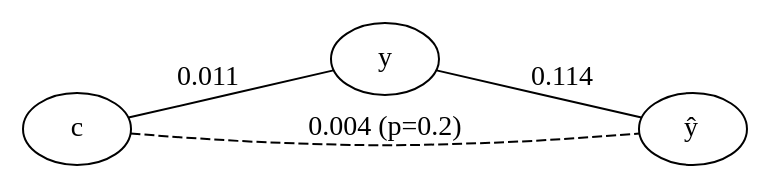
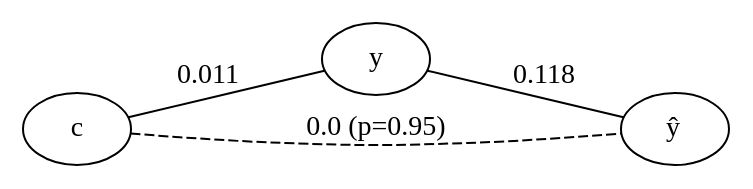
One commit to pni-lab/mlconfound-manuscript changed the diagram in fig/raw/emp_hcp_age_reg_partial.dot. Above: the diagram before and after it, drawn with Graphviz. The commit also changed 143 other files, not shown here.

```diff
--- a/fig/raw/emp_hcp_age_reg_partial.dot
+++ b/fig/raw/emp_hcp_age_reg_partial.dot
@@ -1,9 +1,9 @@
 graph {
 	rankdir=LR
 	c [label=c]
 	y [label=y]
 	yhat [label=<y&#770;>]
-	c -- yhat [label="0.004 (p=0.2)" style=dashed]
+	c -- yhat [label="0.0 (p=0.95)" style=dashed]
 	c -- y [label=0.011]
-	y -- yhat [label=0.114]
+	y -- yhat [label=0.118]
 }
```
